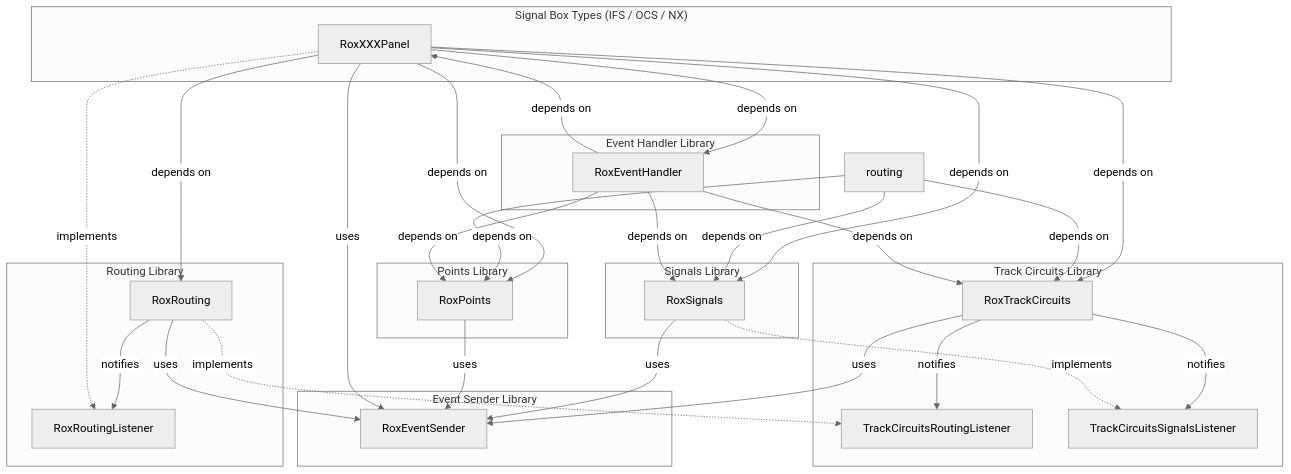
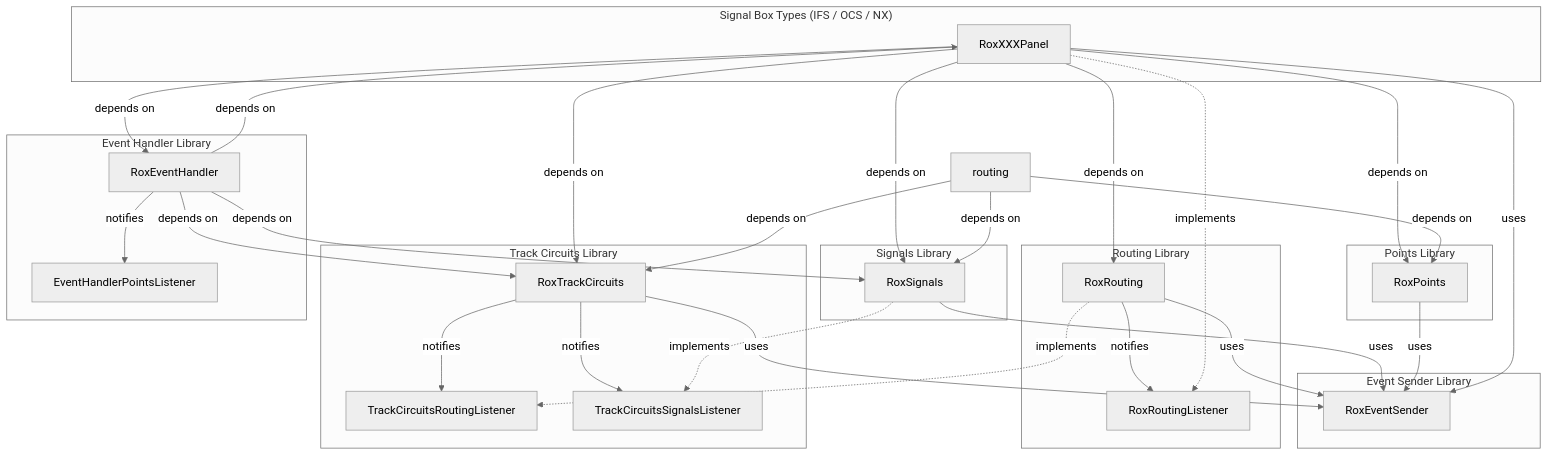
The diagram in ApplicationDesign/HighLevelArchitecture.md (NickLocke/RoxeterModelRailway), drawn with Mermaid (neutral theme) before and after one commit. The commit also changed 1 other file, not shown here.

Commit message:
Moved Event handling for points to an interface

```diff
--- a/ApplicationDesign/HighLevelArchitecture.md
+++ b/ApplicationDesign/HighLevelArchitecture.md
@@ -3,75 +3,76 @@
 <div class="mermaid">
 
 flowchart TB
 
     %% As this is a high-level diagram, don't spell out all three box types separately.
 
     subgraph Panels["Signal Box Types (IFS / OCS / NX)"]
         XXX["RoxXXXPanel"]
     end
 
     %% Each library grouped together
 
     subgraph RoutingLibrary["Routing Library"]
         Routing["RoxRouting"]
         RoutingListener["RoxRoutingListener"]
     end
 
     subgraph SignalsLibrary["Signals Library"]
         Signals["RoxSignals"]
     end
 
     subgraph PointsLibrary["Points Library"]
         Points["RoxPoints"]
     end
 
     subgraph TrackCircuitsLibrary["Track Circuits Library"]
         TrackCircuits["RoxTrackCircuits"]
         TrackCircuitsRoutingListener["TrackCircuitsRoutingListener"]
         TrackCircuitsSignalsListener["TrackCircuitsSignalsListener"]
     end
 
     subgraph EventSenderLibrary["Event Sender Library"]
         EventSender["RoxEventSender"]
     end
 
     subgraph EventHandlerLibrary["Event Handler Library"]
         EventHandler["RoxEventHandler"]
+        EventHandlerPointsListener["EventHandlerPointsListener"]
     end
 
     %% Depends on is where the class is passed into the constructor of the object.
 
     XXX -->|depends on| Routing
     XXX -->|depends on| Signals
     XXX -->|depends on| Points
     XXX -->|depends on| TrackCircuits
     XXX -->|depends on| EventHandler
 
     routing -->|depends on| Signals
     routing -->|depends on| Points
     routing -->|depends on| TrackCircuits
 
     EventHandler -->|depends on| Signals
-    EventHandler -->|depends on| Points
     EventHandler -->|depends on| TrackCircuits
     EventHandler -->|depends on| XXX
 
     %% Notifies is the process of a library calling one of its listeners
 
     Routing -->|notifies| RoutingListener
     TrackCircuits -->|notifies| TrackCircuitsRoutingListener
     TrackCircuits -->|notifies| TrackCircuitsSignalsListener
+    EventHandler -->|notifies| EventHandlerPointsListener
 
     %% Implements is where a class implements one of the other class's interfaces.
 
     XXX -.->|implements| RoutingListener
     Signals -.->|implements| TrackCircuitsSignalsListener
     Routing -.->|implements| TrackCircuitsRoutingListener
 
     Routing -->|uses| EventSender
     Signals -->|uses| EventSender
     Points -->|uses| EventSender
     TrackCircuits -->|uses| EventSender
     XXX -->|uses| EventSender
 
 </div>
```
